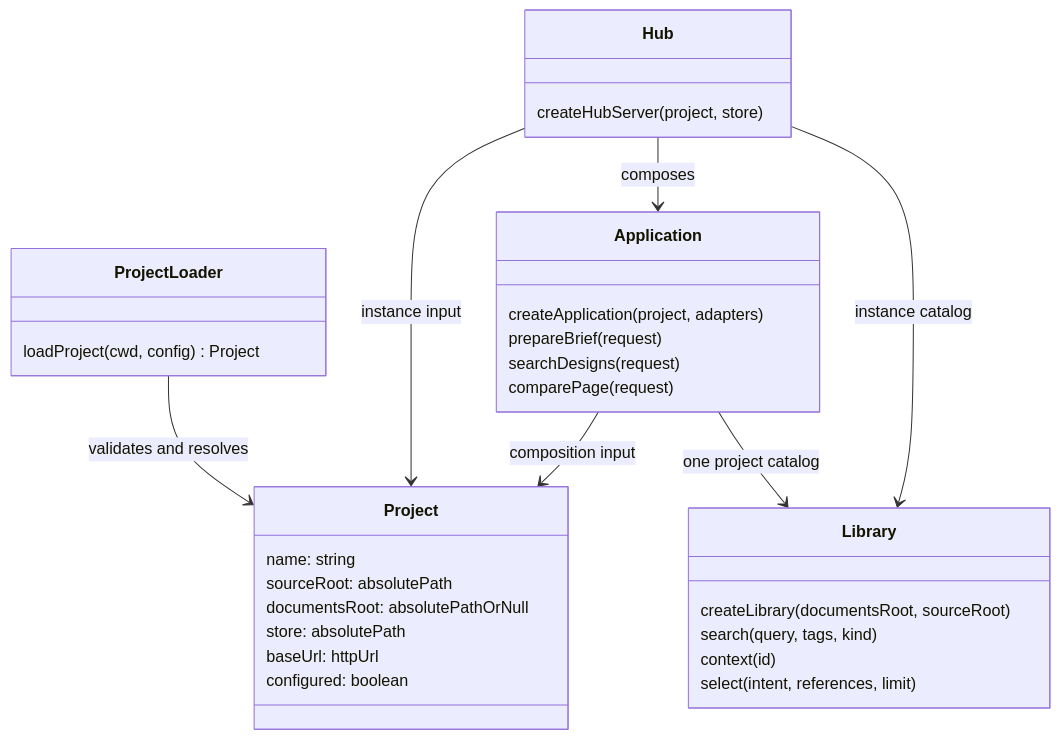
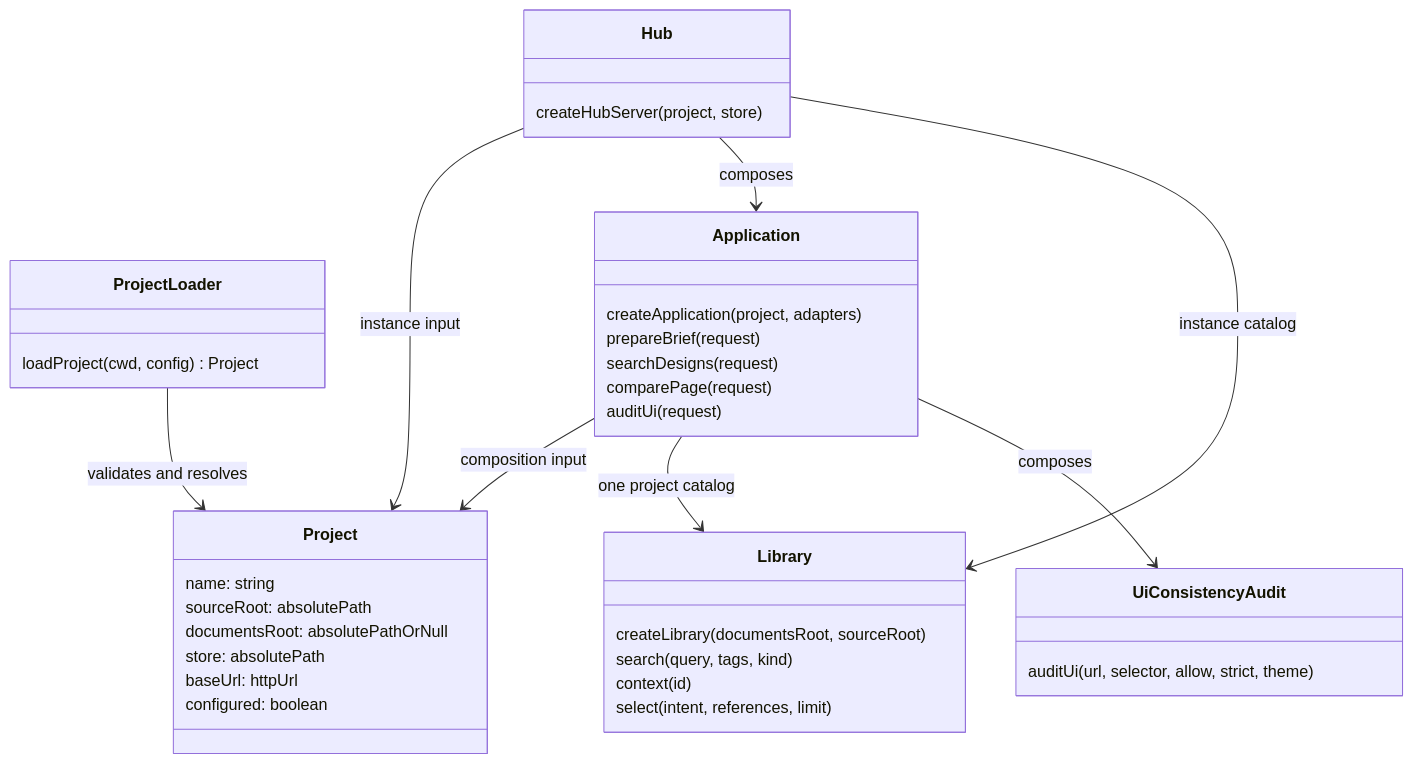
Before and after one commit to pollux-o4/design-home: the diagram in design-compare/docs/architecture/c4-code.md, drawn with Mermaid. The commit also changed other lines of this file and 19 other files, not shown here.

Commit message:
feat: audit native UI consistency across projects

````diff
--- a/design-compare/docs/architecture/c4-code.md
+++ b/design-compare/docs/architecture/c4-code.md
@@ -5,35 +5,40 @@
 ```mermaid
 classDiagram
   class Project {
     name: string
     sourceRoot: absolutePath
     documentsRoot: absolutePathOrNull
     store: absolutePath
     baseUrl: httpUrl
     configured: boolean
   }
   class ProjectLoader {
     loadProject(cwd, config) Project
   }
   class Library {
     createLibrary(documentsRoot, sourceRoot)
     search(query, tags, kind)
     context(id)
     select(intent, references, limit)
   }
   class Application {
     createApplication(project, adapters)
     prepareBrief(request)
     searchDesigns(request)
     comparePage(request)
+    auditUi(request)
+  }
+  class UiConsistencyAudit {
+    auditUi(url, selector, allow, strict, theme)
   }
   class Hub {
     createHubServer(project, store)
   }
   ProjectLoader --> Project : validates and resolves
   Application --> Project : composition input
   Application --> Library : one project catalog
+  Application --> UiConsistencyAudit : composes
   Hub --> Project : instance input
   Hub --> Application : composes
   Hub --> Library : instance catalog
 ```
````
